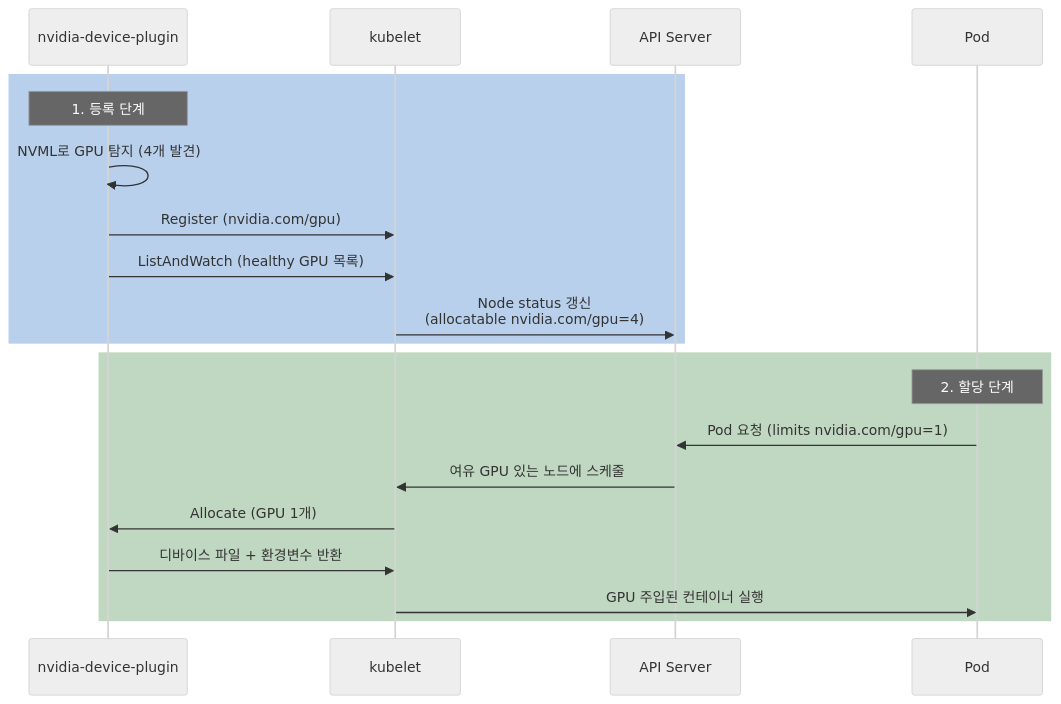
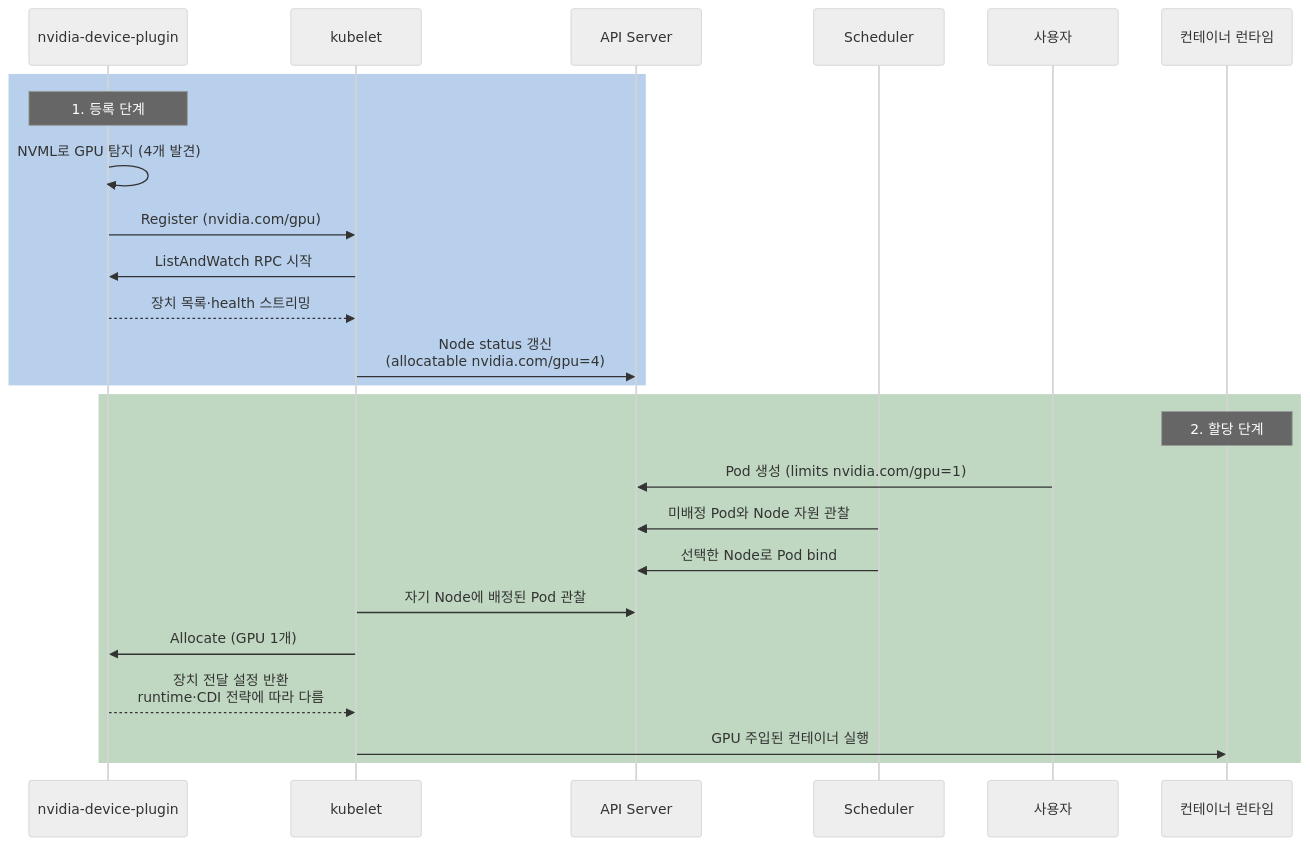
Before and after one commit to sskim91/TIL: the second of 2 diagrams in kubernetes/Kubernetes-GPU-Device-Plugin.md, drawn with Mermaid (neutral theme). The commit also changed other lines of this file and 39 other files, not shown here.

````diff
--- a/kubernetes/Kubernetes-GPU-Device-Plugin.md
+++ b/kubernetes/Kubernetes-GPU-Device-Plugin.md
@@ -56,23 +59,28 @@
 ```mermaid
 sequenceDiagram
     participant DP as nvidia-device-plugin
     participant K as kubelet
     participant API as API Server
-    participant P as Pod
+    participant S as Scheduler
+    participant U as 사용자
+    participant P as 컨테이너 런타임
 
     rect rgba(21, 101, 192, 0.3)
         Note over DP: 1. 등록 단계
         DP->>DP: NVML로 GPU 탐지 (4개 발견)
         DP->>K: Register (nvidia.com/gpu)
-        DP->>K: ListAndWatch (healthy GPU 목록)
+        K->>DP: ListAndWatch RPC 시작
+        DP-->>K: 장치 목록·health 스트리밍
         K->>API: Node status 갱신<br>(allocatable nvidia.com/gpu=4)
     end
     rect rgba(46, 125, 50, 0.3)
         Note over P: 2. 할당 단계
-        P->>API: Pod 요청 (limits nvidia.com/gpu=1)
-        API->>K: 여유 GPU 있는 노드에 스케줄
+        U->>API: Pod 생성 (limits nvidia.com/gpu=1)
+        S->>API: 미배정 Pod와 Node 자원 관찰
+        S->>API: 선택한 Node로 Pod bind
+        K->>API: 자기 Node에 배정된 Pod 관찰
         K->>DP: Allocate (GPU 1개)
-        DP->>K: 디바이스 파일 + 환경변수 반환
+        DP-->>K: 장치 전달 설정 반환<br>runtime·CDI 전략에 따라 다름
         K->>P: GPU 주입된 컨테이너 실행
     end
 ```
````
